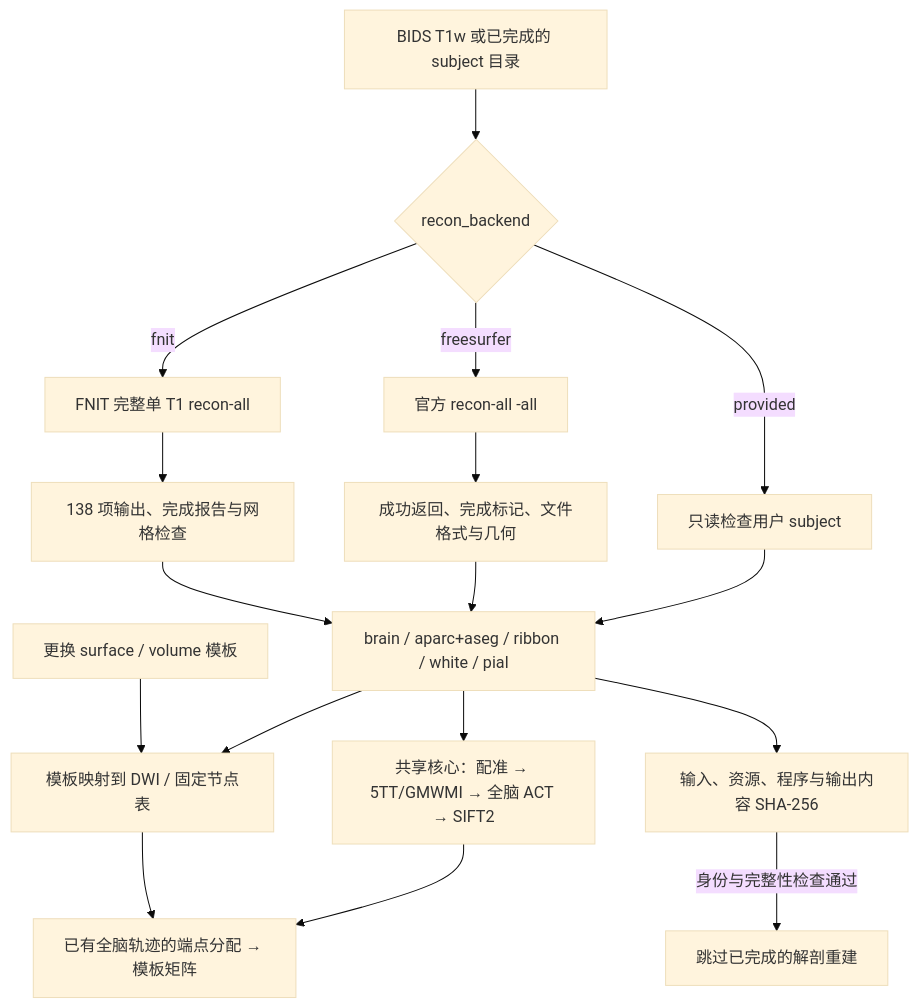
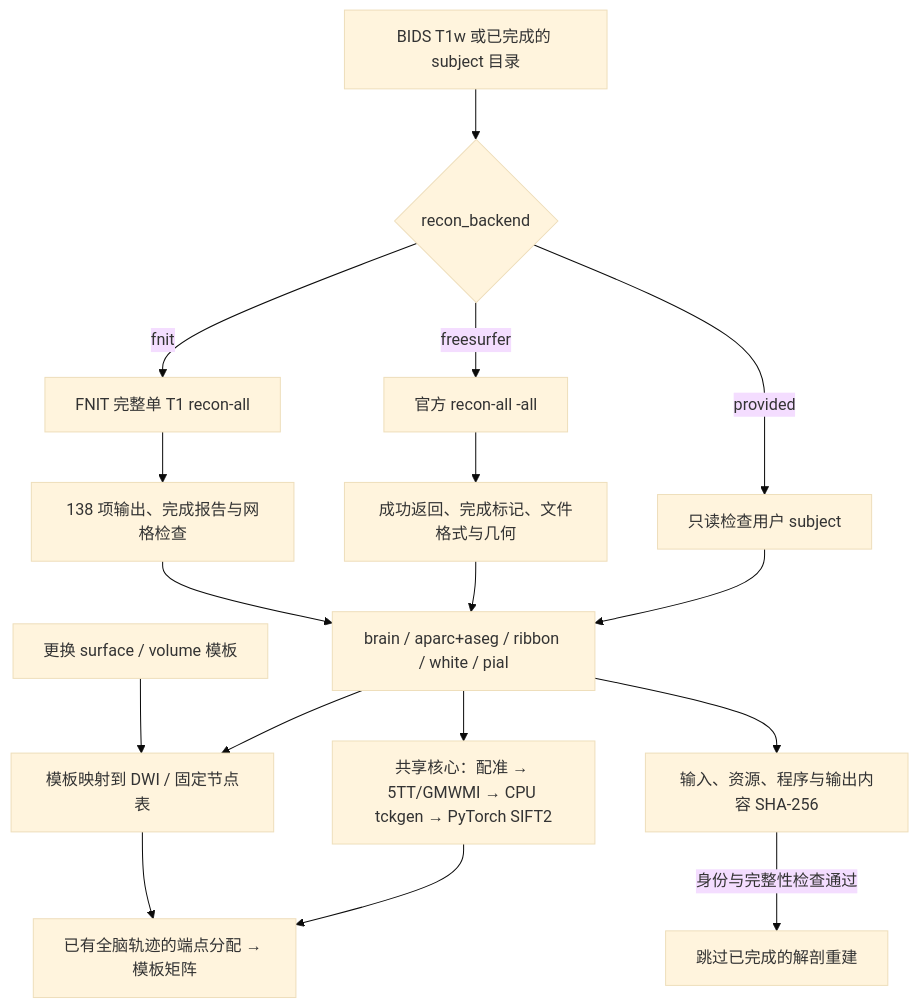
Before and after one commit to weikanggong1/Fudan-Neuroimaging-toolkit: the diagram in docs/connectome/recon_backends.md, drawn with Mermaid (base theme). The commit also changed other lines of this file and 63 other files, not shown here.

````diff
--- a/docs/connectome/recon_backends.md
+++ b/docs/connectome/recon_backends.md
@@ -7,19 +7,19 @@
 ```mermaid
 flowchart TD
     INPUT["BIDS T1w 或已完成的 subject 目录"] --> CHOOSE{"recon_backend"}
     CHOOSE -->|provided| READ["只读检查用户 subject"]
     CHOOSE -->|freesurfer| FS["官方 recon-all -all"]
     CHOOSE -->|fnit| FNIT["FNIT 完整单 T1 recon-all"]
     FS --> CHECK["成功返回、完成标记、文件格式与几何"]
     FNIT --> FNITCHECK["138 项输出、完成报告与网格检查"]
     READ --> ANATOMY["brain / aparc+aseg / ribbon / white / pial"]
     CHECK --> ANATOMY
     FNITCHECK --> ANATOMY
-    ANATOMY --> DOWNSTREAM["共享核心：配准 → 5TT/GMWMI → 全脑 ACT → SIFT2"]
+    ANATOMY --> DOWNSTREAM["共享核心：配准 → 5TT/GMWMI → CPU tckgen → PyTorch SIFT2"]
     DOWNSTREAM --> ASSIGN["已有全脑轨迹的端点分配 → 模板矩阵"]
     ANATOMY --> MAP["模板映射到 DWI / 固定节点表"]
     MAP --> ASSIGN
     ANATOMY --> CACHE["输入、资源、程序与输出内容 SHA-256"]
     NEW["更换 surface / volume 模板"] --> MAP
     CACHE -->|身份与完整性检查通过| REUSE["跳过已完成的解剖重建"]
 ```
````
